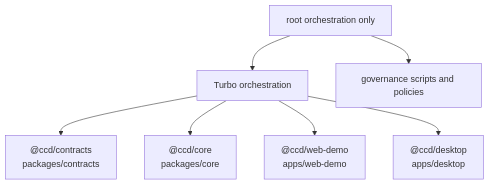
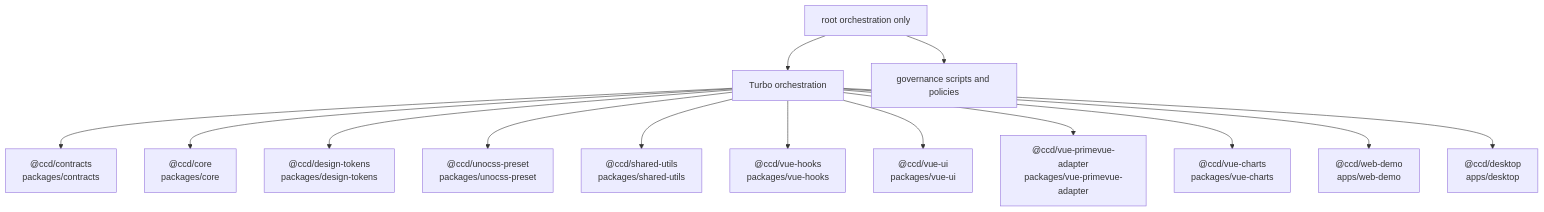
Before and after one commit to ichichuang/ccd: the diagram in docs/generated/graphs/workspace-graph.mmd, drawn with Mermaid. The commit also changed 943 other files, not shown here.

```diff
--- a/docs/generated/graphs/workspace-graph.mmd
+++ b/docs/generated/graphs/workspace-graph.mmd
@@ -1,7 +1,14 @@
 graph TD
   Root["root orchestration only"] --> Turbo["Turbo orchestration"]
   Root --> Governance["governance scripts and policies"]
   Turbo --> ccd_contracts["@ccd/contracts<br/>packages/contracts"]
   Turbo --> ccd_core["@ccd/core<br/>packages/core"]
+  Turbo --> ccd_design_tokens["@ccd/design-tokens<br/>packages/design-tokens"]
+  Turbo --> ccd_unocss_preset["@ccd/unocss-preset<br/>packages/unocss-preset"]
+  Turbo --> ccd_shared_utils["@ccd/shared-utils<br/>packages/shared-utils"]
+  Turbo --> ccd_vue_hooks["@ccd/vue-hooks<br/>packages/vue-hooks"]
+  Turbo --> ccd_vue_ui["@ccd/vue-ui<br/>packages/vue-ui"]
+  Turbo --> ccd_vue_primevue_adapter["@ccd/vue-primevue-adapter<br/>packages/vue-primevue-adapter"]
+  Turbo --> ccd_vue_charts["@ccd/vue-charts<br/>packages/vue-charts"]
   Turbo --> ccd_web_demo["@ccd/web-demo<br/>apps/web-demo"]
   Turbo --> ccd_desktop["@ccd/desktop<br/>apps/desktop"]
```
